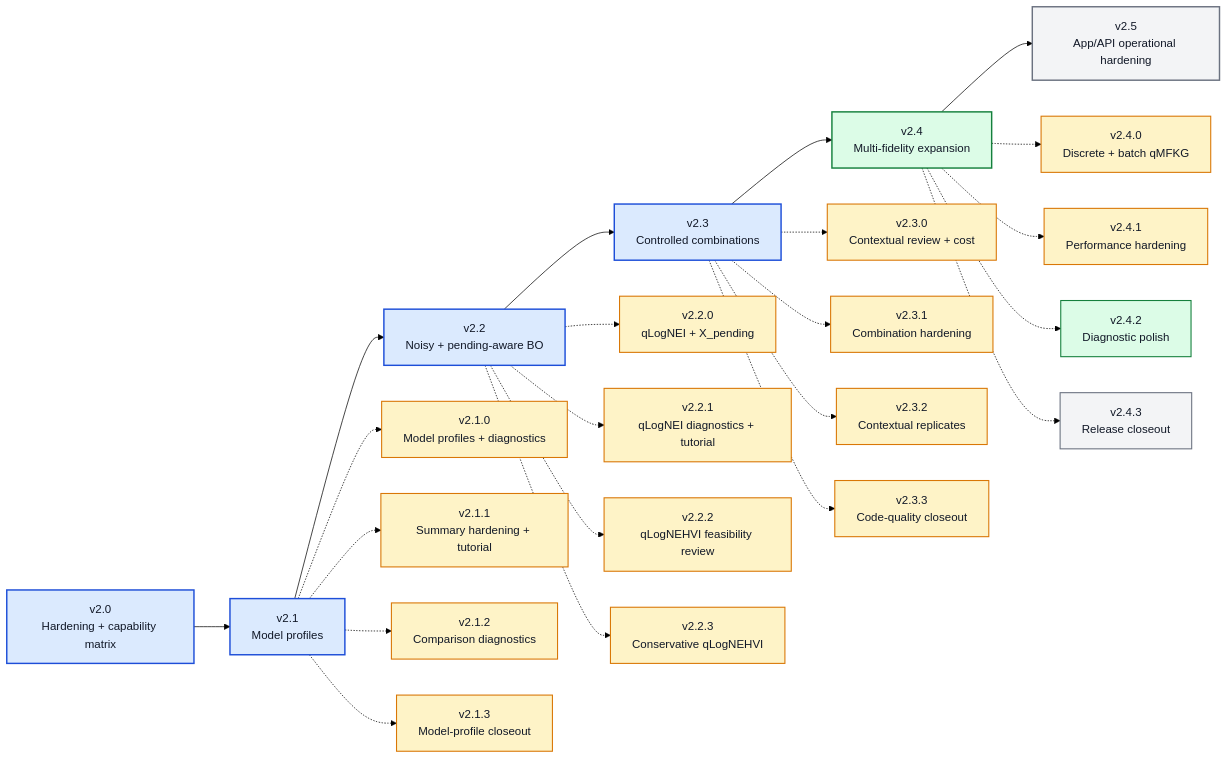
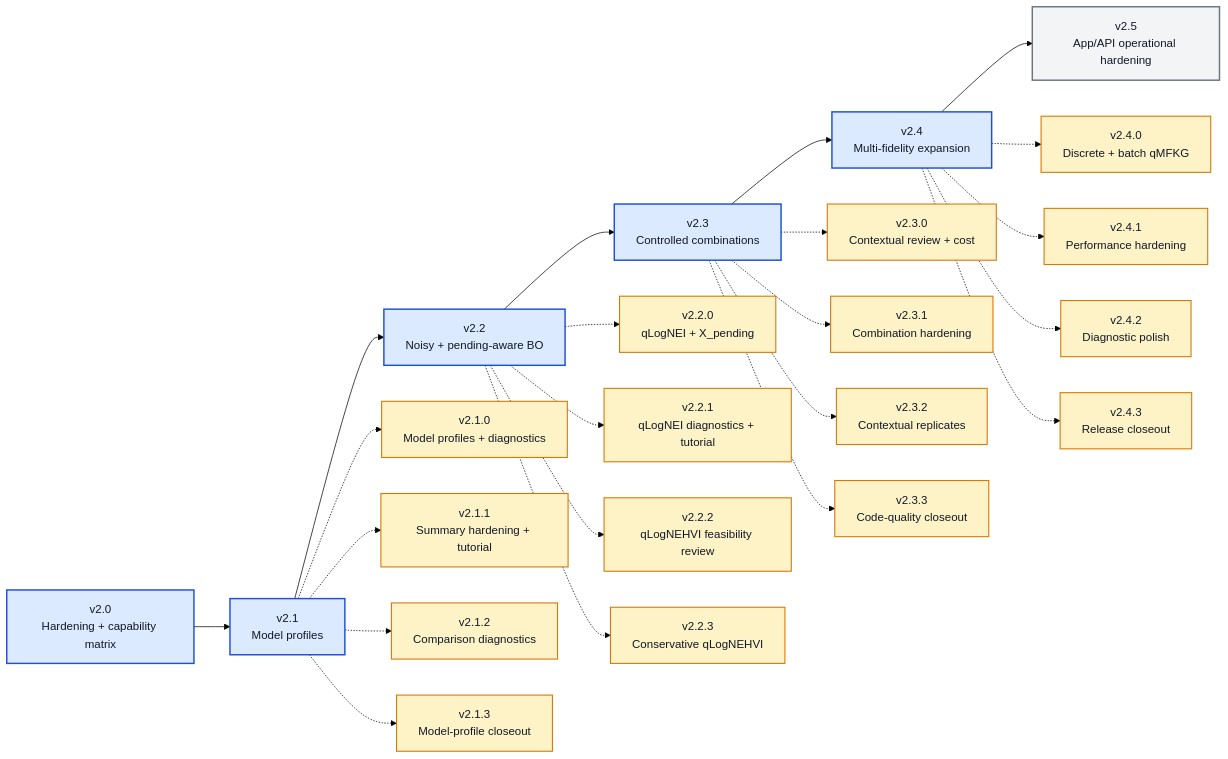
One commit to angzeli/bo-forge changed the diagram in ROADMAP_V2_X.md. Above: the diagram before and after it, drawn with Mermaid (forest theme). The commit also changed other lines of this file and 21 other files, not shown here.

````diff
--- a/ROADMAP_V2_X.md
+++ b/ROADMAP_V2_X.md
@@ -14,55 +14,49 @@
 ```mermaid
 flowchart LR
     v20["v2.0<br/>Hardening + capability matrix"] --> v21["v2.1<br/>Model profiles"] --> v22["v2.2<br/>Noisy + pending-aware BO"] --> v23["v2.3<br/>Controlled combinations"] --> v24["v2.4<br/>Multi-fidelity expansion"] --> v25["v2.5<br/>App/API operational hardening"]
 
     v210["v2.1.0<br/>Model profiles + diagnostics"]
     v211["v2.1.1<br/>Summary hardening + tutorial"]
     v212["v2.1.2<br/>Comparison diagnostics"]
     v213["v2.1.3<br/>Model-profile closeout"]
     v220["v2.2.0<br/>qLogNEI + X_pending"]
     v221["v2.2.1<br/>qLogNEI diagnostics + tutorial"]
     v222["v2.2.2<br/>qLogNEHVI feasibility review"]
     v223["v2.2.3<br/>Conservative qLogNEHVI"]
     v230["v2.3.0<br/>Contextual review + cost"]
     v231["v2.3.1<br/>Combination hardening"]
     v232["v2.3.2<br/>Contextual replicates"]
     v233["v2.3.3<br/>Code-quality closeout"]
     v240["v2.4.0<br/>Discrete + batch qMFKG"]
     v241["v2.4.1<br/>Performance hardening"]
     v242["v2.4.2<br/>Diagnostic polish"]
     v243["v2.4.3<br/>Release closeout"]
 
     v21 -.-> v210
     v21 -.-> v211
     v21 -.-> v212
     v21 -.-> v213
     v22 -.-> v220
     v22 -.-> v221
     v22 -.-> v222
     v22 -.-> v223
     v23 -.-> v230
     v23 -.-> v231
     v23 -.-> v232
     v23 -.-> v233
     v24 -.-> v240
     v24 -.-> v241
     v24 -.-> v242
     v24 -.-> v243
 
-    class v10,v20,v21,v22,v23 majorDone
-    class v24 majorActive
+    class v20,v21,v22,v23,v24 majorDone
     class v25 majorFuture
     class v210,v211,v212,v213 patchDone
     class v220,v221,v222,v223 patchDone
     class v230,v231,v232,v233 patchDone
-    class v240,v241 patchDone
-    class v242 patchActive
-    class v243 patchFuture
+    class v240,v241,v242,v243 patchDone
 
     classDef majorDone fill:#dbeafe,stroke:#1d4ed8,stroke-width:2px,color:#111827;
-    classDef majorActive fill:#dcfce7,stroke:#15803d,stroke-width:2px,color:#111827;
     classDef majorFuture fill:#f3f4f6,stroke:#6b7280,stroke-width:2px,color:#111827;
     classDef patchDone fill:#fef3c7,stroke:#d97706,stroke-width:1.5px,color:#111827;
-    classDef patchActive fill:#dcfce7,stroke:#15803d,stroke-width:1.5px,color:#111827;
-    classDef patchFuture fill:#f3f4f6,stroke:#6b7280,stroke-width:1.5px,color:#111827;
 ```
````
